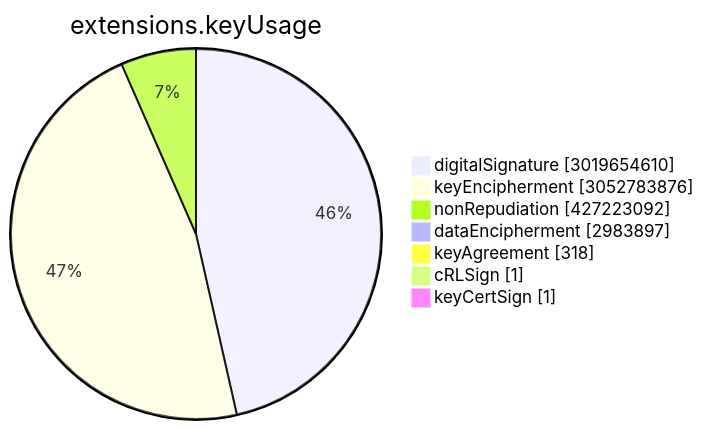
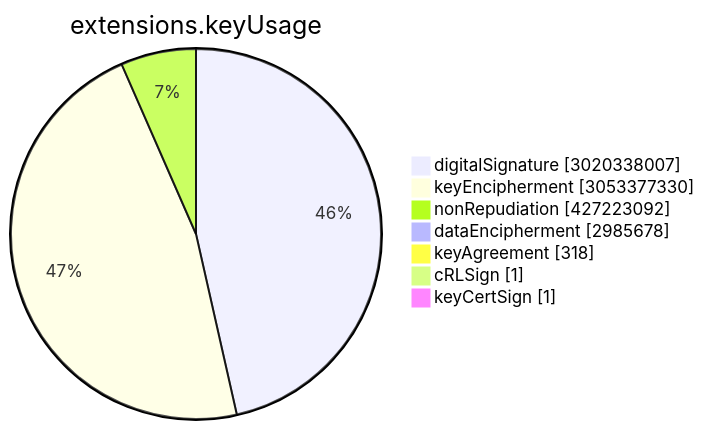
One commit to christiankrug/ctmonitor_visualization changed the sixth of 15 diagrams in TOTAL/README.md. Above: the diagram before and after it, drawn with Mermaid. The commit also changed other lines of this file, not shown here.

````diff
--- a/TOTAL/README.md
+++ b/TOTAL/README.md
@@ -3075,11 +3075,11 @@
 ```mermaid
 pie showData
 title extensions.keyUsage
-"digitalSignature" :3019654610
-"keyEncipherment" :3052783876
+"digitalSignature" :3020338007
+"keyEncipherment" :3053377330
 "nonRepudiation" :427223092
-"dataEncipherment" :2983897
+"dataEncipherment" :2985678
 "keyAgreement" :318
 "cRLSign" :1
 "keyCertSign" :1
 ```
````
